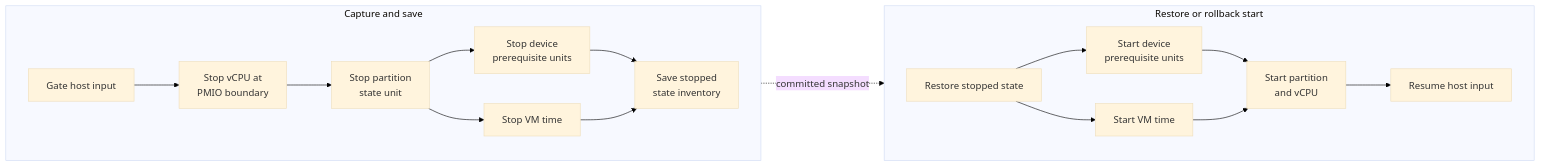
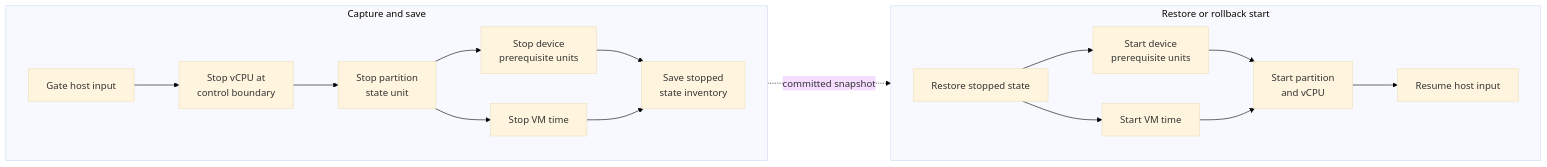
The fifth of 7 diagrams in doc/design.md (microsoft/nvx), drawn with Mermaid before and after one commit. The commit also changed other lines of this file and 45 other files, not shown here.

````diff
--- a/doc/design.md
+++ b/doc/design.md
@@ -522,32 +548,32 @@
 ```mermaid
 %%{init: {"theme": "base", "themeVariables": {"background": "#ffffff"}}}%%
 flowchart LR
    subgraph Capture["Capture and save"]
       direction LR
       Gate["Gate host input"]
-      Boundary["Stop vCPU at<br/>PMIO boundary"]
+      Boundary["Stop vCPU at<br/>control boundary"]
       StopPartition["Stop partition<br/>state unit"]
       StopDevices["Stop device<br/>prerequisite units"]
       StopTime["Stop VM time"]
       Save["Save stopped<br/>state inventory"]
 
       Gate --> Boundary --> StopPartition
       StopPartition --> StopDevices --> Save
       StopPartition --> StopTime --> Save
    end
 
    subgraph Restart["Restore or rollback start"]
       direction LR
       RestoreState["Restore stopped state"]
       StartDevices["Start device<br/>prerequisite units"]
       StartTime["Start VM time"]
       StartPartition["Start partition<br/>and vCPU"]
       ResumeInput["Resume host input"]
 
       RestoreState --> StartDevices --> StartPartition
       RestoreState --> StartTime --> StartPartition
       StartPartition --> ResumeInput
    end
 
    Save -. committed snapshot .-> RestoreState
 ```
````
